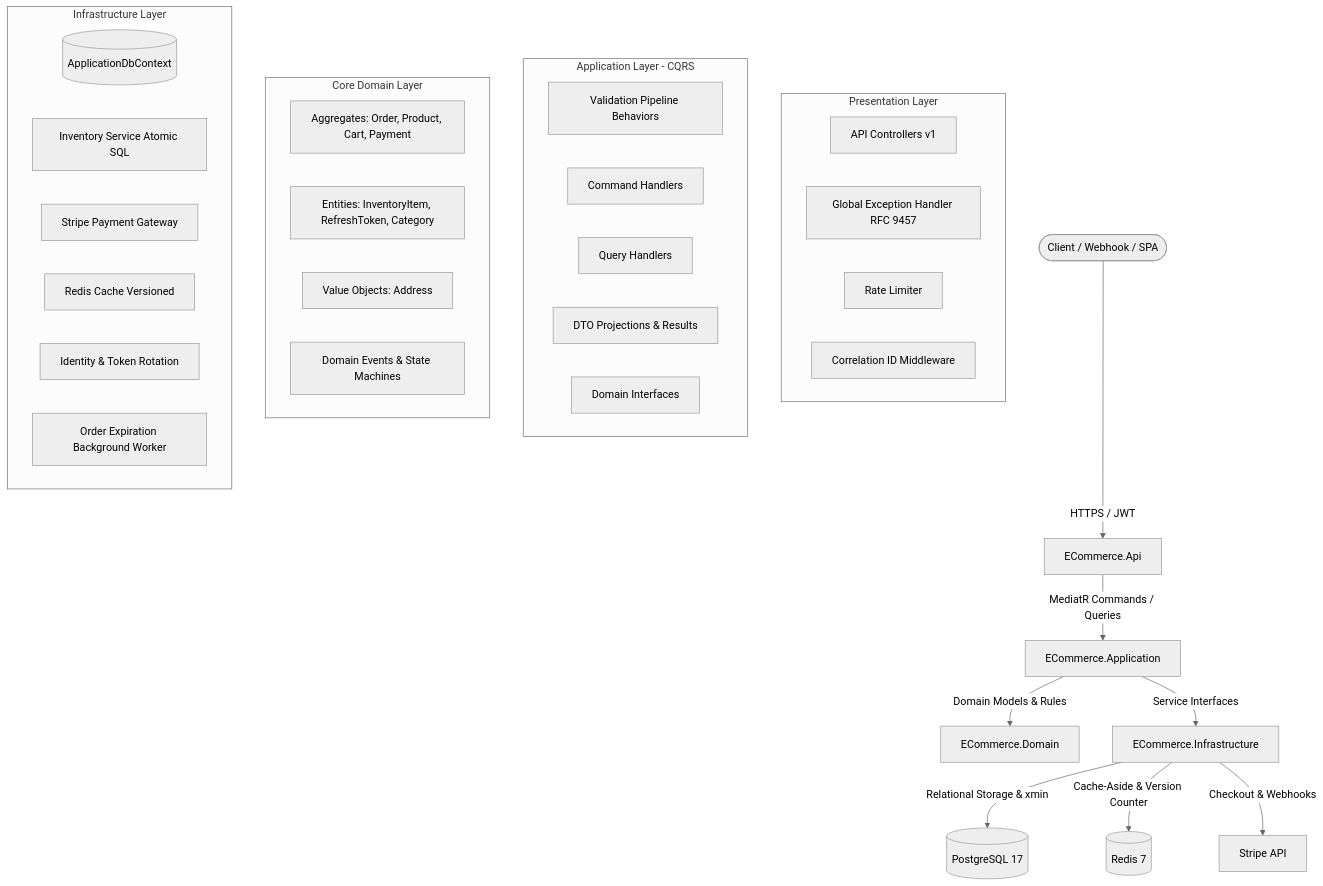
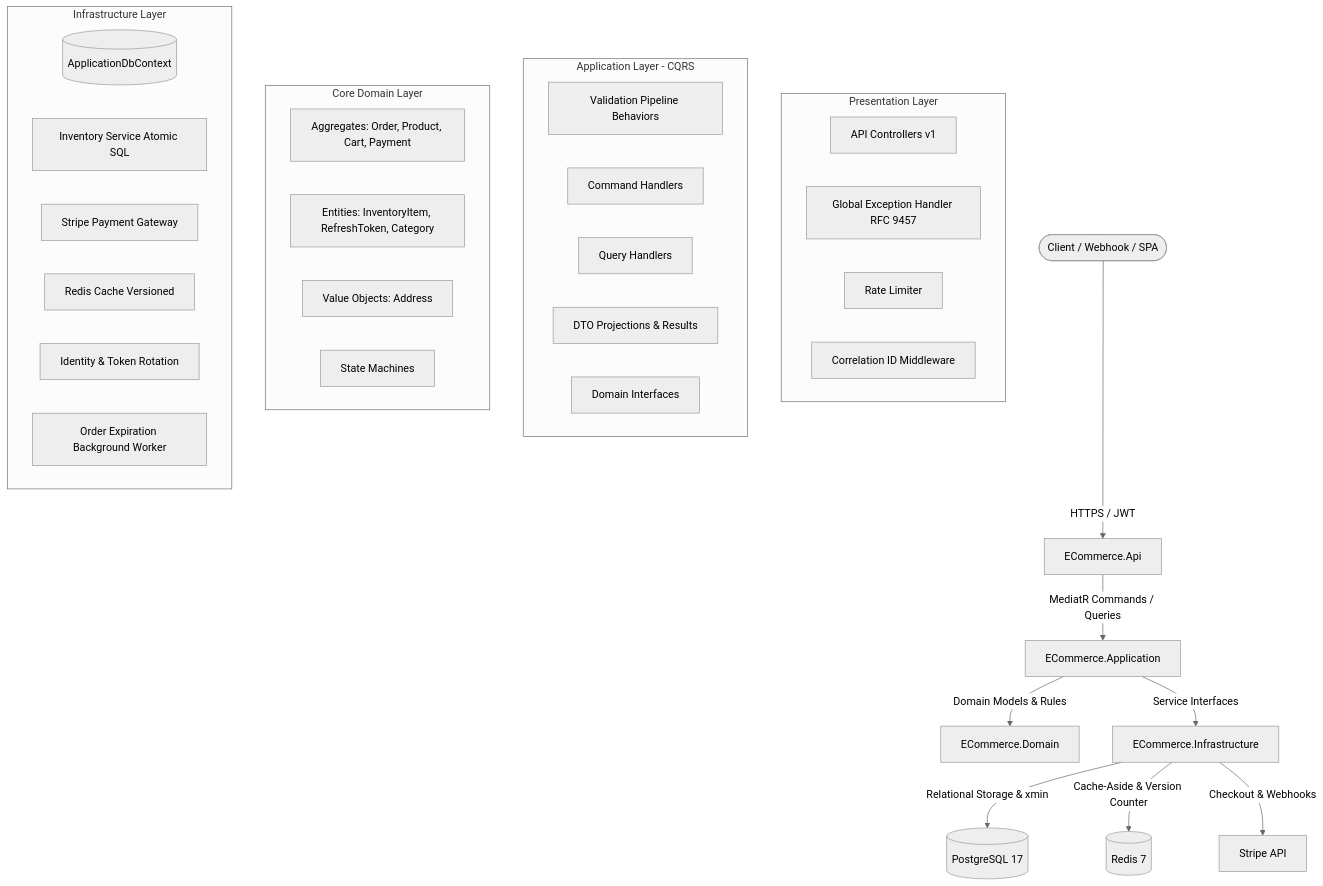
Before and after one commit to dante127/ecommerce-api: the diagram in README.md, drawn with Mermaid (neutral theme). The commit also changed other lines of this file and 2 other files, not shown here.

````diff
--- a/README.md
+++ b/README.md
@@ -16,45 +16,45 @@
 ```mermaid
 graph TD
     Client([Client / Webhook / SPA]) -->|HTTPS / JWT| ApiLayer[ECommerce.Api]
     
     subgraph ECommerce.Api [Presentation Layer]
         Controllers[API Controllers v1]
         GlobalException[Global Exception Handler RFC 9457]
         RateLimiter[Rate Limiter]
         Correlation[Correlation ID Middleware]
     end
 
     ApiLayer -->|MediatR Commands / Queries| AppLayer[ECommerce.Application]
 
     subgraph ECommerce.Application [Application Layer - CQRS]
         Behaviors[Validation Pipeline Behaviors]
         Commands[Command Handlers]
         Queries[Query Handlers]
         DTOs[DTO Projections & Results]
         Interfaces[Domain Interfaces]
     end
 
     AppLayer -->|Domain Models & Rules| DomainLayer[ECommerce.Domain]
 
     subgraph ECommerce.Domain [Core Domain Layer]
         Aggregates[Aggregates: Order, Product, Cart, Payment]
         Entities[Entities: InventoryItem, RefreshToken, Category]
         ValueObjects[Value Objects: Address]
-        DomainEvents[Domain Events & State Machines]
+        StateMachines[State Machines]
     end
 
     AppLayer -->|Service Interfaces| InfraLayer[ECommerce.Infrastructure]
 
     subgraph ECommerce.Infrastructure [Infrastructure Layer]
         AppDbContext[(ApplicationDbContext)]
         InventorySvc[Inventory Service Atomic SQL]
         StripeGateway[Stripe Payment Gateway]
         RedisCache[Redis Cache Versioned]
         IdentitySvc[Identity & Token Rotation]
         OrderWorker[Order Expiration Background Worker]
     end
 
     InfraLayer -->|Relational Storage & xmin| Postgres[(PostgreSQL 17)]
     InfraLayer -->|Cache-Aside & Version Counter| Redis[(Redis 7)]
     InfraLayer -->|Checkout & Webhooks| StripeAPI[Stripe API]
 ```
````
